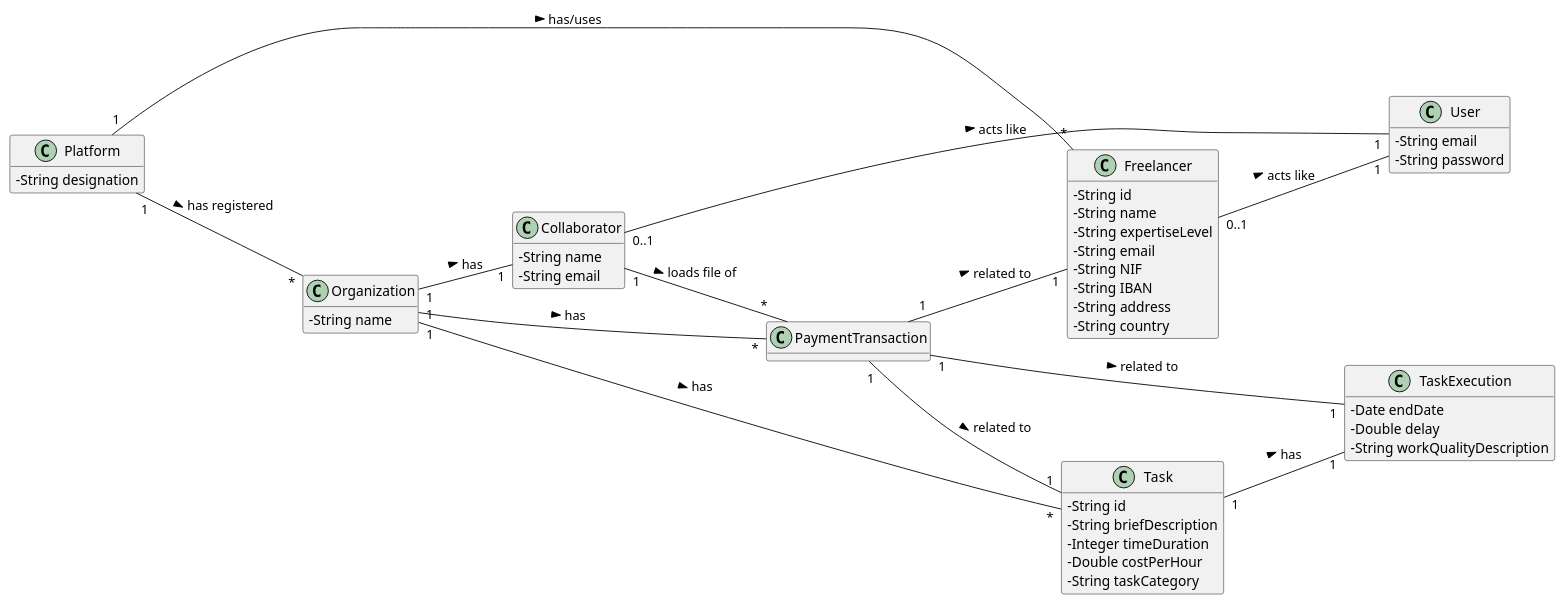
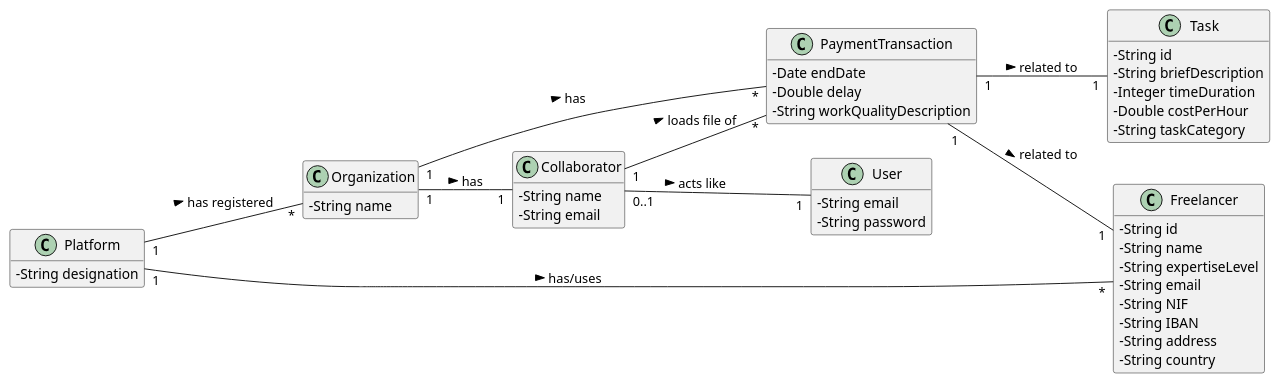
Before and after one commit to pedrolemos4/LAPR2: the diagram in docs/UC4 - Upload File/UC4_MD.puml, drawn with PlantUML. The commit also changed 1 other file, not shown here.

```diff
--- a/docs/UC4 - Upload File/UC4_MD.puml
+++ b/docs/UC4 - Upload File/UC4_MD.puml
@@ -1,66 +1,60 @@
 @startuml
 skinparam classAttributeIconSize 0
 hide methods
 left to right direction
 
 class Platform {
   -String designation
 }
 
 class Organization {
   -String name
 }
 
 class Collaborator {
   -String name
   -String email
 }
 
 
 class User {
   -String email
   -String password
 }
 
 class Freelancer {
   -String id
   -String name
   -String expertiseLevel
   -String email
   -String NIF
   -String IBAN
   -String address
   -String country
   }
 
 class Task {
  -String id
  -String briefDescription
  -Integer timeDuration
  -Double costPerHour
  -String taskCategory
 }
 
-class TaskExecution {
+
+class PaymentTransaction{
  -Date endDate
  -Double delay
  -String workQualityDescription
 }
 
-class PaymentTransaction{
-}
-
 Platform "1" -- "*" Organization : has registered >
 Platform "1" -- "*" Freelancer : has/uses >
 Organization "1" -- "1" Collaborator: has >
-Organization "1" -- "*" Task: has >
 Organization "1" -- "*" PaymentTransaction: has >
 Collaborator "0..1" -- "1" User: acts like >
-Freelancer "0..1" -- "1" User: acts like >
 Collaborator "1" -- "*" PaymentTransaction: loads file of >
 PaymentTransaction "1" -- "1" Freelancer: related to >
 PaymentTransaction "1" -- "1" Task: related to >
-PaymentTransaction "1" -- "1" TaskExecution: related to >
-Task "1" -- "1" TaskExecution: has >
 
 @enduml
```
